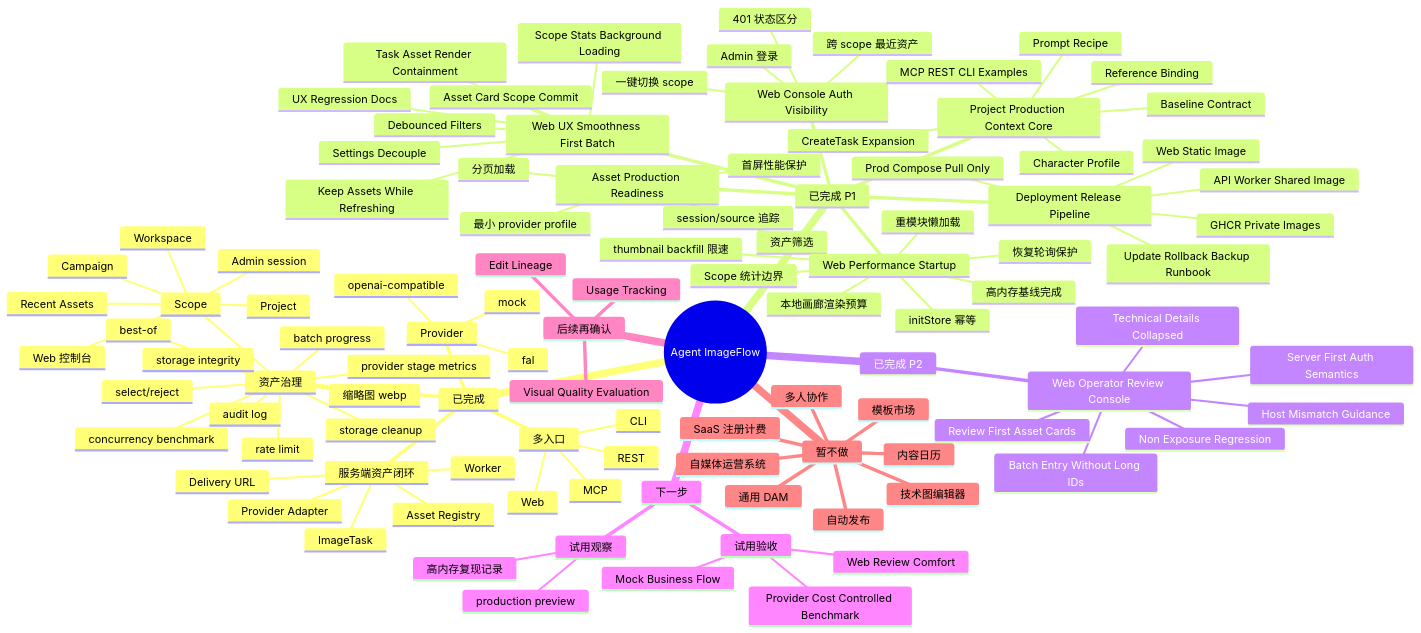
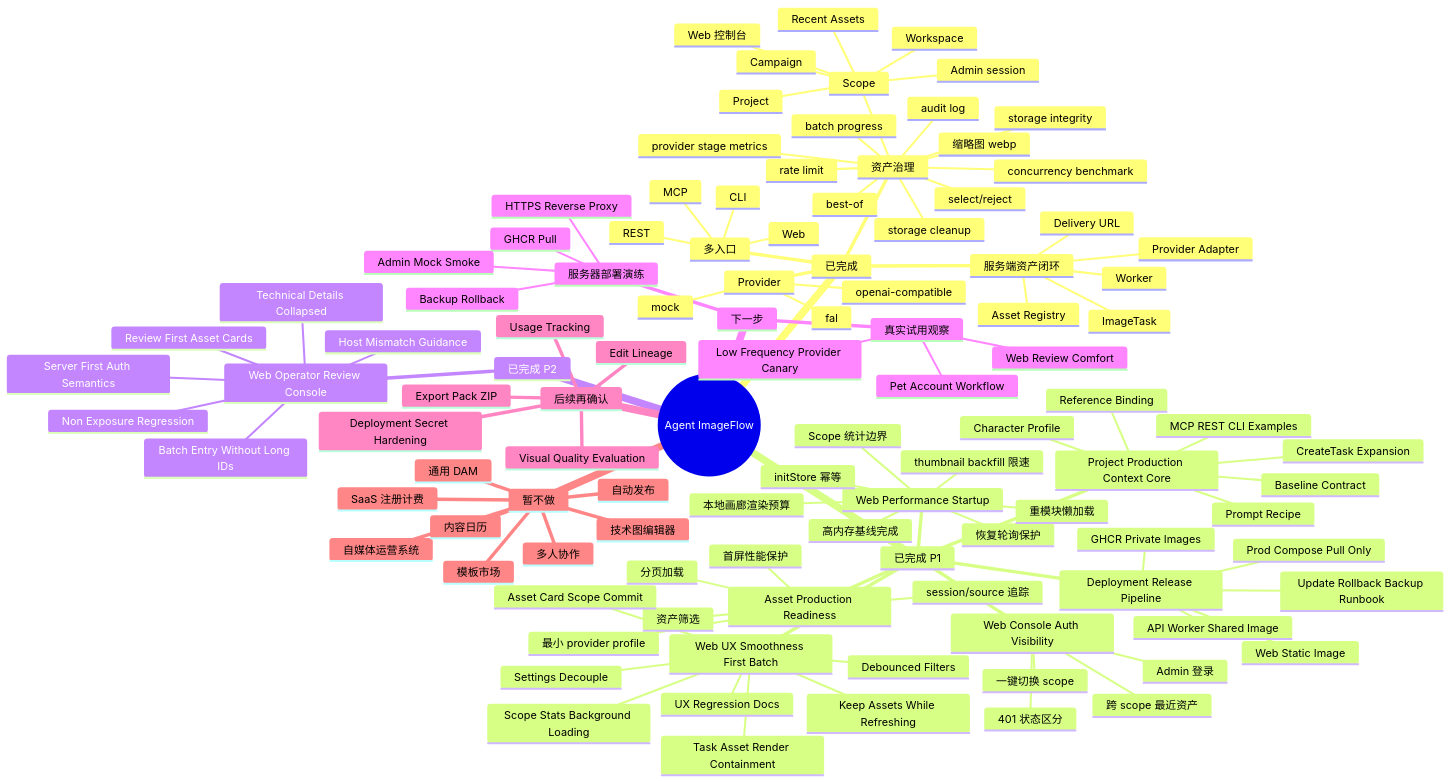
The diagram in docs/project/PROJECT_STATUS_MAP.md (billionsheep/agent-imageflow), drawn with Mermaid before and after one commit. The commit also changed other lines of this file and 8 other files, not shown here.

Commit message:
Document v1 baseline roadmap

```diff
--- a/docs/project/PROJECT_STATUS_MAP.md
+++ b/docs/project/PROJECT_STATUS_MAP.md
@@ -109,16 +111,20 @@
         Host Mismatch Guidance
         Non Exposure Regression
     下一步
-      试用验收
-        Mock Business Flow
+      服务器部署演练
+        GHCR Pull
+        HTTPS Reverse Proxy
+        Admin Mock Smoke
+        Backup Rollback
+      真实试用观察
+        Pet Account Workflow
         Web Review Comfort
-        Provider Cost Controlled Benchmark
-      试用观察
-        production preview
-        高内存复现记录
+        Low Frequency Provider Canary
     后续再确认
       Usage Tracking
       Edit Lineage
+      Export Pack ZIP
+      Deployment Secret Hardening
       Visual Quality Evaluation
     暂不做
       自媒体运营系统
```
